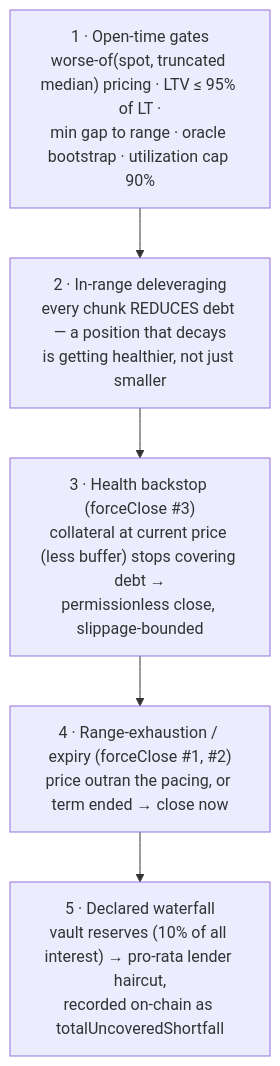
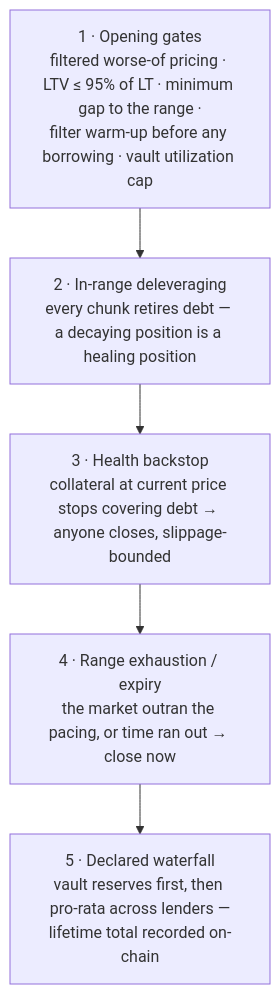
The fifth of 5 diagrams in DESIGN.md (queenleoa/TrueLend), drawn with Mermaid before and after one commit. The commit also changed other lines of this file and 7 other files, not shown here.

````diff
--- a/DESIGN.md
+++ b/DESIGN.md
@@ -213,11 +218,9 @@
 ```mermaid
 flowchart TB
-    L1["1 · Open-time gates<br/>worse-of(spot, truncated median) pricing · LTV ≤ 95% of LT ·<br/>min gap to range · oracle bootstrap · utilization cap 90%"]
-    L2["2 · In-range deleveraging<br/>every chunk REDUCES debt — a position that decays
-is getting healthier, not just smaller"]
-    L3["3 · Health backstop (forceClose #3)<br/>collateral at current price (less buffer) stops covering debt →
-permissionless close, slippage-bounded"]
-    L4["4 · Range-exhaustion / expiry (forceClose #1, #2)<br/>price outran the pacing, or term ended → close now"]
-    L5["5 · Declared waterfall<br/>vault reserves (10% of all interest) → pro-rata lender haircut,<br/>recorded on-chain as totalUncoveredShortfall"]
+    L1["1 · Opening gates<br/>filtered worse-of pricing · LTV ≤ 95% of LT · minimum gap to the range ·<br/>filter warm-up before any borrowing · vault utilization cap"]
+    L2["2 · In-range deleveraging<br/>every chunk retires debt — a decaying position is a healing position"]
+    L3["3 · Health backstop<br/>collateral at current price stops covering debt → anyone closes, slippage-bounded"]
+    L4["4 · Range exhaustion / expiry<br/>the market outran the pacing, or time ran out → close now"]
+    L5["5 · Declared waterfall<br/>vault reserves first, then pro-rata across lenders —<br/>lifetime total recorded on-chain"]
     L1 --> L2 --> L3 --> L4 --> L5
 ```
````
